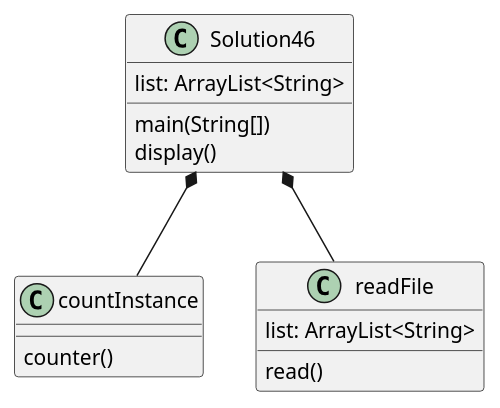
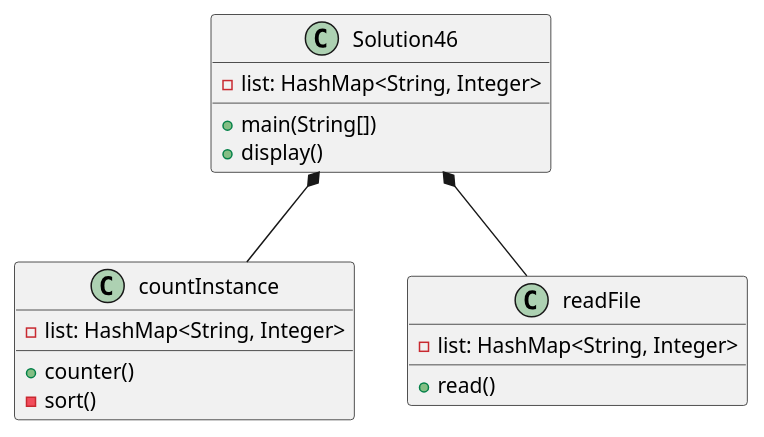
Before and after one commit to cachemoney-3000/samontanez-a04: the diagram in exercise46/docs/Solution46_ClassDiagram.puml, drawn with PlantUML. The commit also changed 23 other files, not shown here.

```diff
--- a/exercise46/docs/Solution46_ClassDiagram.puml
+++ b/exercise46/docs/Solution46_ClassDiagram.puml
@@ -1,22 +1,22 @@
 @startuml
 class Solution46 {
-    'attributes
-    list: ArrayList<String>
-    main(String[])
-    display()
+    -list: HashMap<String, Integer>
+    +main(String[])
+    +display()
 }
 
 class countInstance {
-    counter()
+    -list: HashMap<String, Integer>
+    +counter()
+    -sort()
 }
 
 class readFile{
-    'attributes
-    list: ArrayList<String>
-    read()
+    -list: HashMap<String, Integer>
+    +read()
 }
 
 
 Solution46 *-- readFile
 Solution46 *-- countInstance
 @enduml
```
